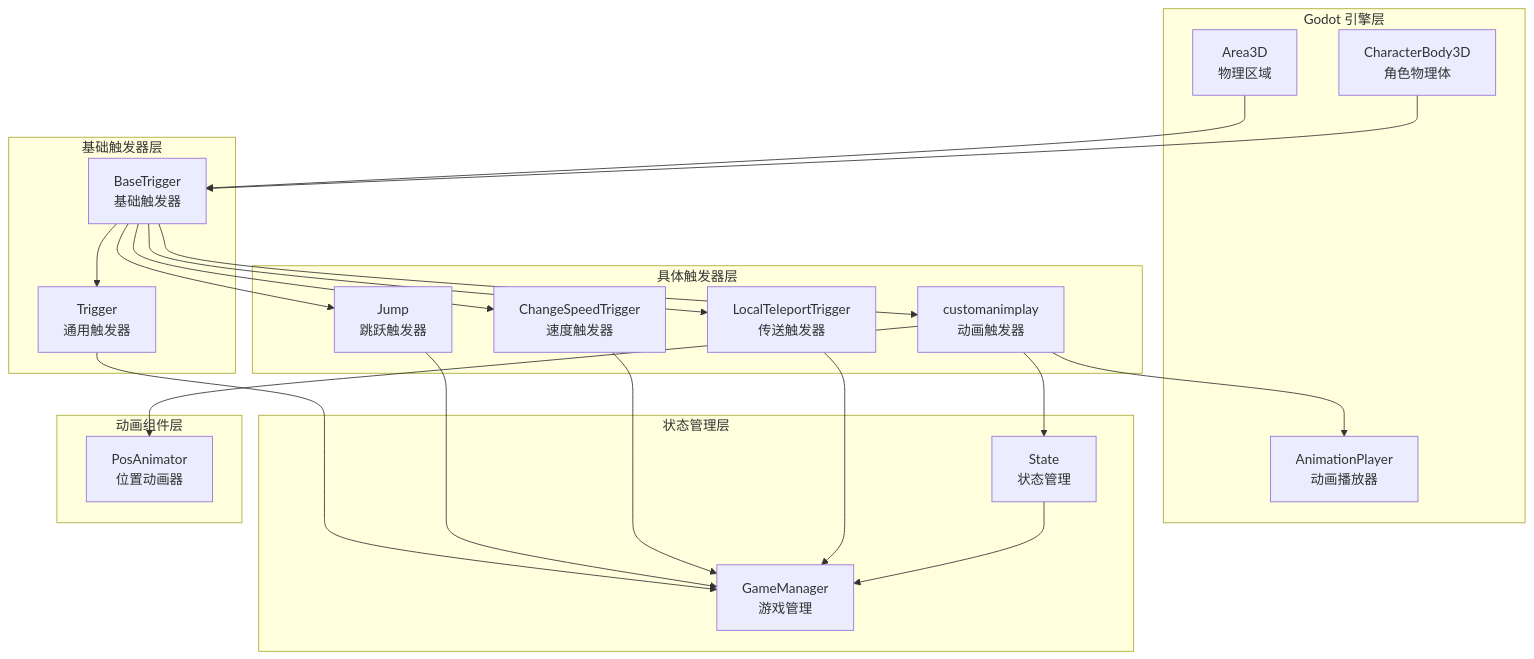
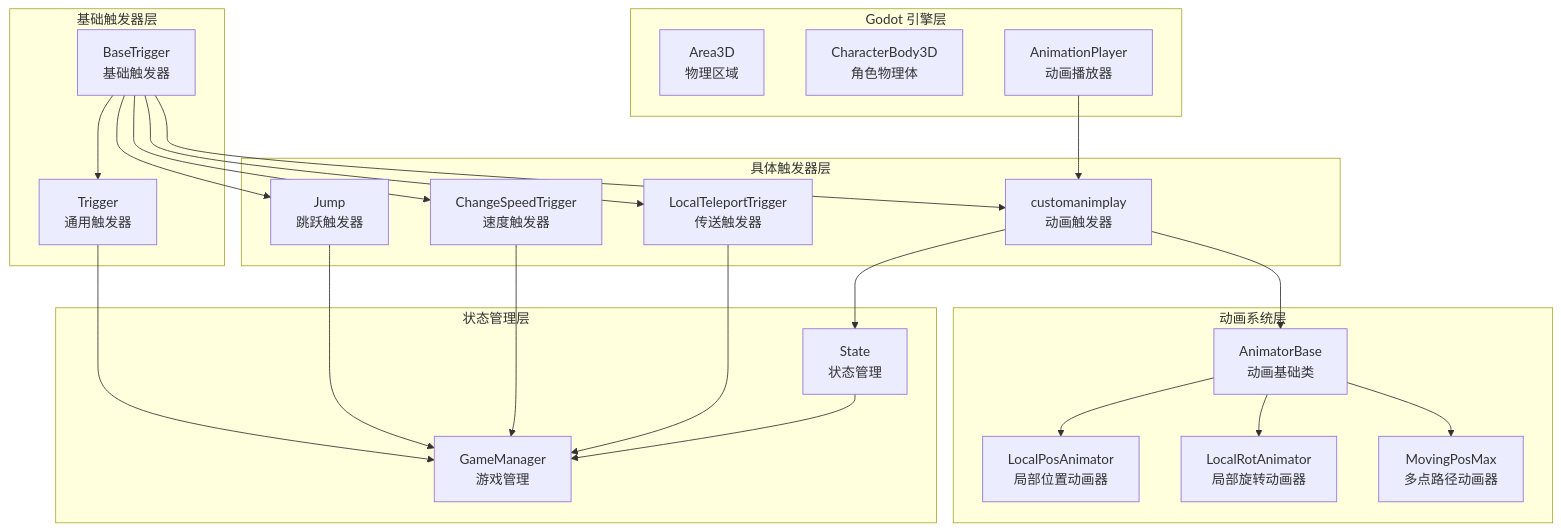
One commit to godotline/godot-line changed the seventh of 9 diagrams in .qoder/repowiki/zh/content/Base Trigger.md. Above: the diagram before and after it, drawn with Mermaid. The commit also changed other lines of this file and 13 other files, not shown here.

````diff
--- a/.qoder/repowiki/zh/content/Base Trigger.md
+++ b/.qoder/repowiki/zh/content/Base Trigger.md
@@ -426,40 +552,44 @@
 ```mermaid
 graph TB
 subgraph "Godot 引擎层"
 A3D[Area3D<br/>物理区域]
 C3D[CharacterBody3D<br/>角色物理体]
 AP[AnimationPlayer<br/>动画播放器]
 end
 subgraph "基础触发器层"
 BT[BaseTrigger<br/>基础触发器]
 TR[Trigger<br/>通用触发器]
 end
 subgraph "具体触发器层"
 JP[Jump<br/>跳跃触发器]
 CST[ChangeSpeedTrigger<br/>速度触发器]
 LTT[LocalTeleportTrigger<br/>传送触发器]
 CAP[customanimplay<br/>动画触发器]
 end
+subgraph "动画系统层"
+AB[AnimatorBase<br/>动画基础类]
+LPA[LocalPosAnimator<br/>局部位置动画器]
+LRA[LocalRotAnimator<br/>局部旋转动画器]
+MPM[MovingPosMax<br/>多点路径动画器]
+end
 subgraph "状态管理层"
 ST[State<br/>状态管理]
 GM[GameManager<br/>游戏管理]
 end
-subgraph "动画组件层"
-PA[PosAnimator<br/>位置动画器]
-end
-A3D --> BT
-C3D --> BT
+AP --> CAP
 BT --> TR
 BT --> JP
 BT --> CST
 BT --> LTT
 BT --> CAP
+CAP --> AB
+AB --> LPA
+AB --> LRA
+AB --> MPM
 TR --> GM
 JP --> GM
 CST --> GM
 LTT --> GM
 CAP --> ST
-CAP --> AP
-CAP --> PA
 ST --> GM
 ```
````
